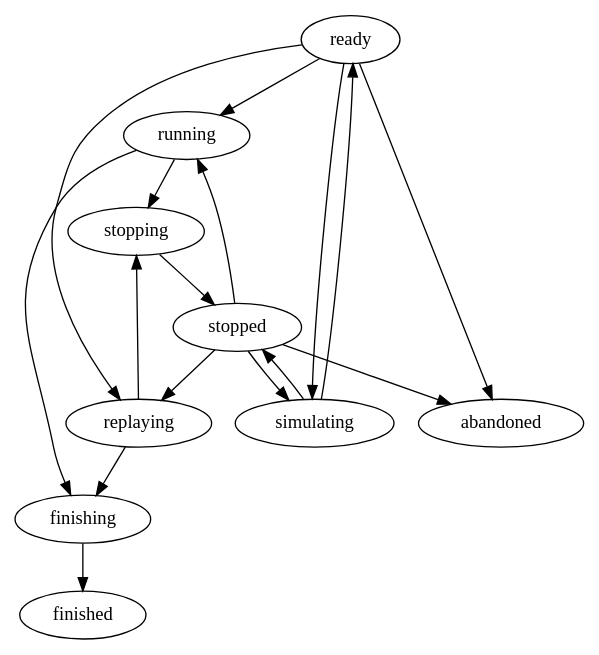
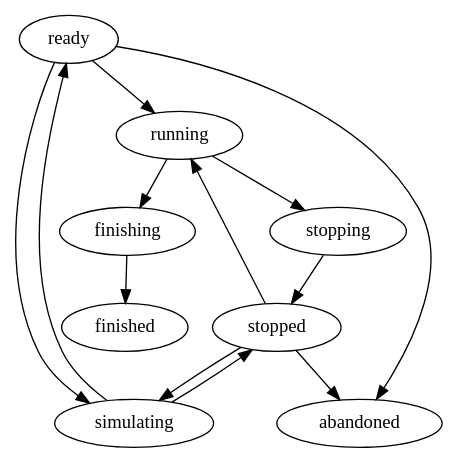
Before and after one commit to etm/CPEE: the diagram in server/resources/states.dot, drawn with Graphviz. The commit also changed 8 other files, not shown here.

```diff
--- a/server/resources/states.dot
+++ b/server/resources/states.dot
@@ -1,19 +1,15 @@
 digraph States {
   ready -> running;
   ready -> simulating;
-  ready -> replaying;
   ready -> abandoned;
   running -> stopping;
   stopped -> running;
   stopped -> simulating;
-  stopped -> replaying;
   stopped -> abandoned;
 
   running -> finishing;
   simulating -> ready;
   simulating -> stopped;
-  replaying -> stopping;
-  replaying -> finishing;
   finishing -> finished;
   stopping -> stopped;
 }
```
